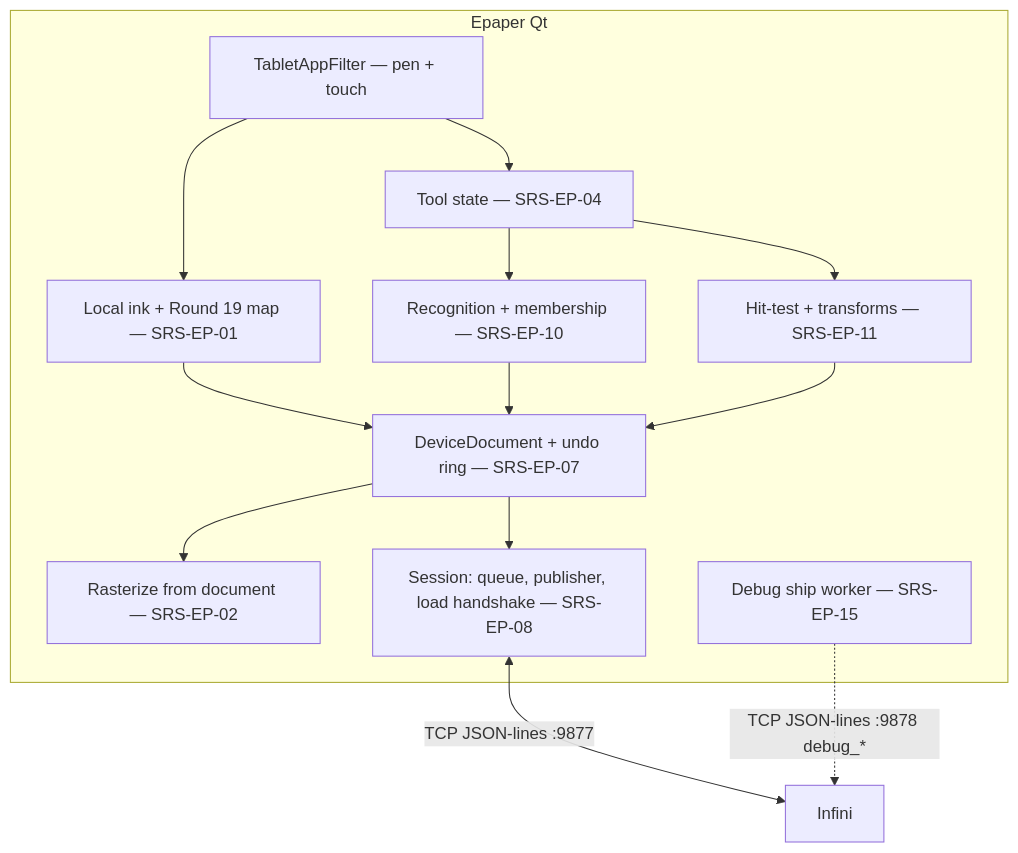
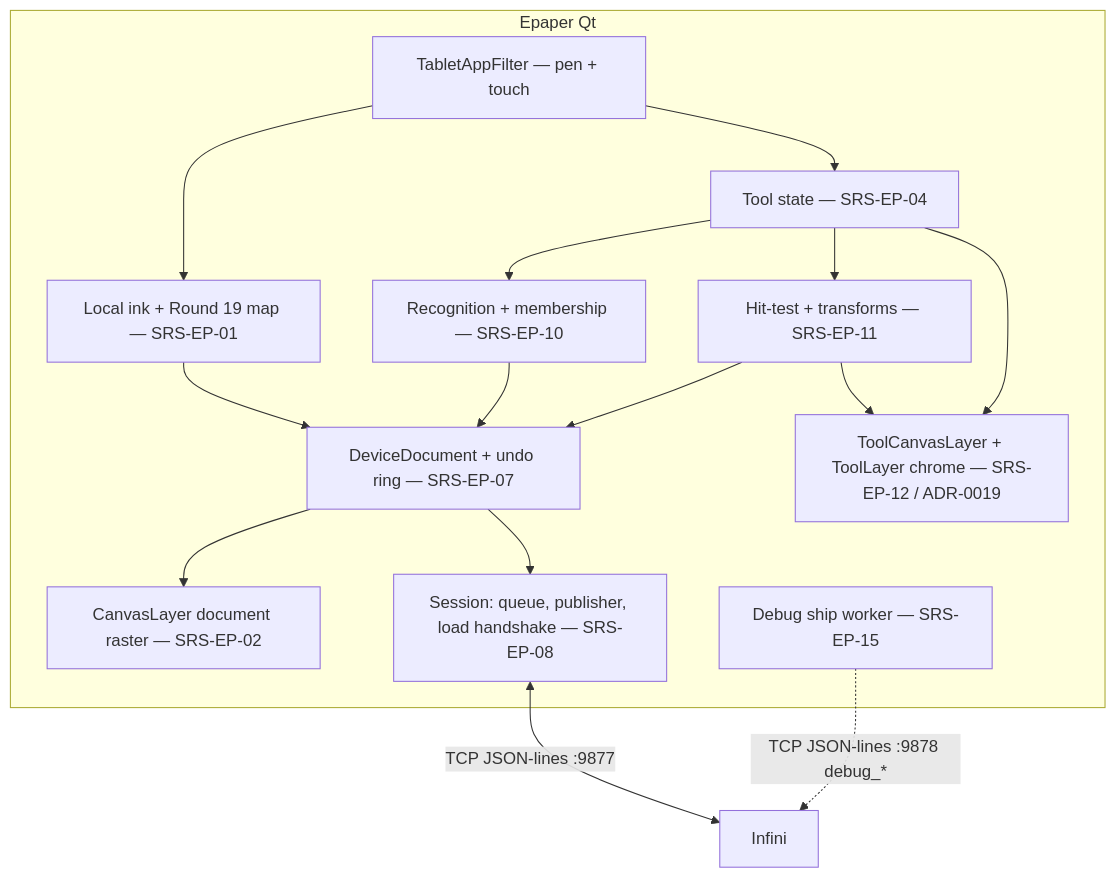
Before and after one commit to hoaidv/reawa: the second of 2 diagrams in .docs/modules/epaper/architecture.md, drawn with Mermaid. The commit also changed other lines of this file and 21 other files, not shown here.

Commit message:
Architect work on EP-25

````diff
--- a/.docs/modules/epaper/architecture.md
+++ b/.docs/modules/epaper/architecture.md
@@ -95,25 +95,28 @@
 ```mermaid
 flowchart TB
   subgraph device["Epaper Qt"]
     input["TabletAppFilter — pen + touch"]
     ink["Local ink + Round 19 map — SRS-EP-01"]
     tools["Tool state — SRS-EP-04"]
     doc["DeviceDocument + undo ring — SRS-EP-07"]
     recog["Recognition + membership — SRS-EP-10"]
     manip["Hit-test + transforms — SRS-EP-11"]
-    paint["Rasterize from document — SRS-EP-02"]
+    paint["CanvasLayer document raster — SRS-EP-02"]
+    overlay["ToolCanvasLayer + ToolLayer chrome — SRS-EP-12 / ADR-0019"]
     sync["Session: queue, publisher, load handshake — SRS-EP-08"]
     dlog["Debug ship worker — SRS-EP-15"]
     input --> ink
     input --> tools
     ink --> doc
     tools --> recog
     tools --> manip
     recog --> doc
     manip --> doc
     doc --> paint
+    manip --> overlay
+    tools --> overlay
     doc --> sync
   end
   sync <-->|"TCP JSON-lines :9877"| infini["Infini"]
   dlog -.->|"TCP JSON-lines :9878 debug_*"| infini
 ```
````
